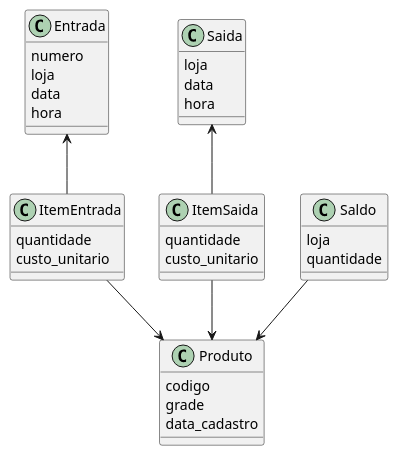
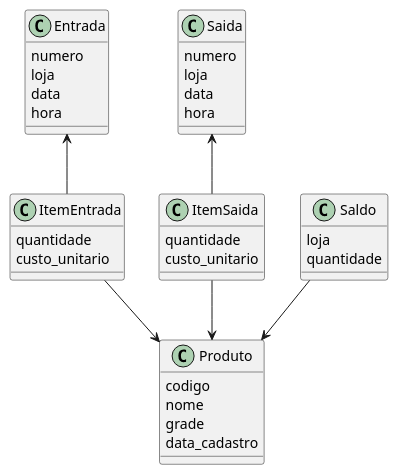
Before and after one commit to ivaneyvieira/engEstoque-Archive: the diagram in diagramas/modelo.puml, drawn with PlantUML. The commit also changed 10 other files, not shown here.

```diff
--- a/diagramas/modelo.puml
+++ b/diagramas/modelo.puml
@@ -1,41 +1,43 @@
 @startuml modelo
 class Produto{
 	codigo
+	nome
 	grade
 	data_cadastro
 }
 
 class ItemEntrada{
 	quantidade
 	custo_unitario
 }
 
 class Entrada{
 	numero
 	loja
 	data
 	hora
 }
 
 class ItemSaida{
 	quantidade
 	custo_unitario
 }
 
 class Saida{
+	numero
 	loja
 	data
 	hora
 }
 
 class Saldo{
 	loja
 	quantidade
 }
 
 Entrada			<-- ItemEntrada
 Saida				<-- ItemSaida
 ItemEntrada	-->	Produto
 ItemSaida		-->	Produto
 Saldo				-->	Produto
 @enduml
```
